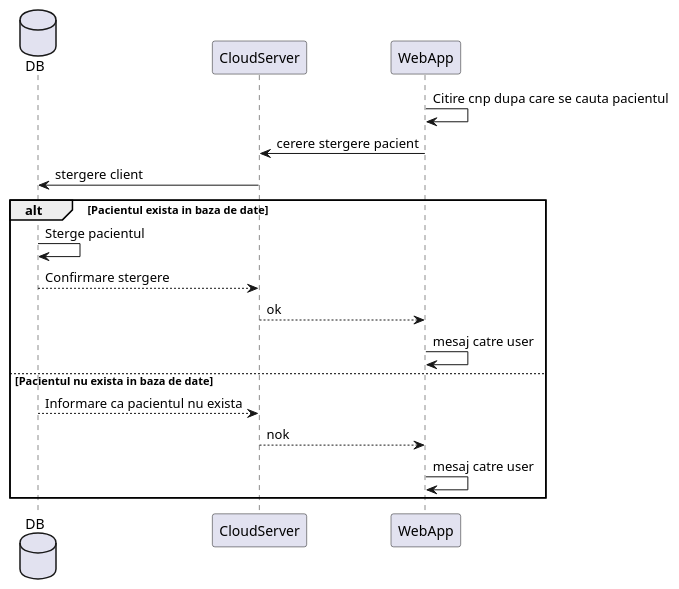
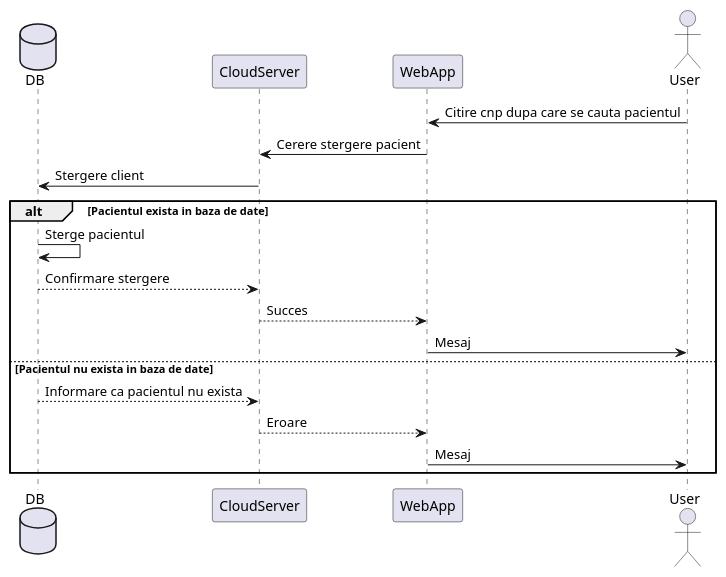
One commit to BVasi/ProiectIP changed the diagram in Sequence_DG/WebApp/stergere.plantuml. Above: the diagram before and after it, drawn with PlantUML. The commit also changed 12 other files, not shown here.

Commit message:
Modificare diagrame

```diff
--- a/Sequence_DG/WebApp/stergere.plantuml
+++ b/Sequence_DG/WebApp/stergere.plantuml
@@ -1,22 +1,23 @@
 @startuml Stergere_Pacient
 
 database DB
 participant CloudServer
 participant WebApp
+actor User
 
-WebApp -> WebApp: Citire cnp dupa care se cauta pacientul
-WebApp -> CloudServer: cerere stergere pacient
-CloudServer -> DB: stergere client
+User -> WebApp: Citire cnp dupa care se cauta pacientul
+WebApp -> CloudServer: Cerere stergere pacient
+CloudServer -> DB: Stergere client
 
 alt Pacientul exista in baza de date
     DB -> DB: Sterge pacientul
     DB --> CloudServer: Confirmare stergere
-    CloudServer --> WebApp: ok
-    WebApp -> WebApp: mesaj catre user
+    CloudServer --> WebApp: Succes
+    WebApp -> User: Mesaj
 else Pacientul nu exista in baza de date
     DB --> CloudServer: Informare ca pacientul nu exista
-    CloudServer --> WebApp: nok
-    WebApp -> WebApp: mesaj catre user
+    CloudServer --> WebApp: Eroare
+    WebApp -> User: Mesaj
 end
 
 @enduml
```
